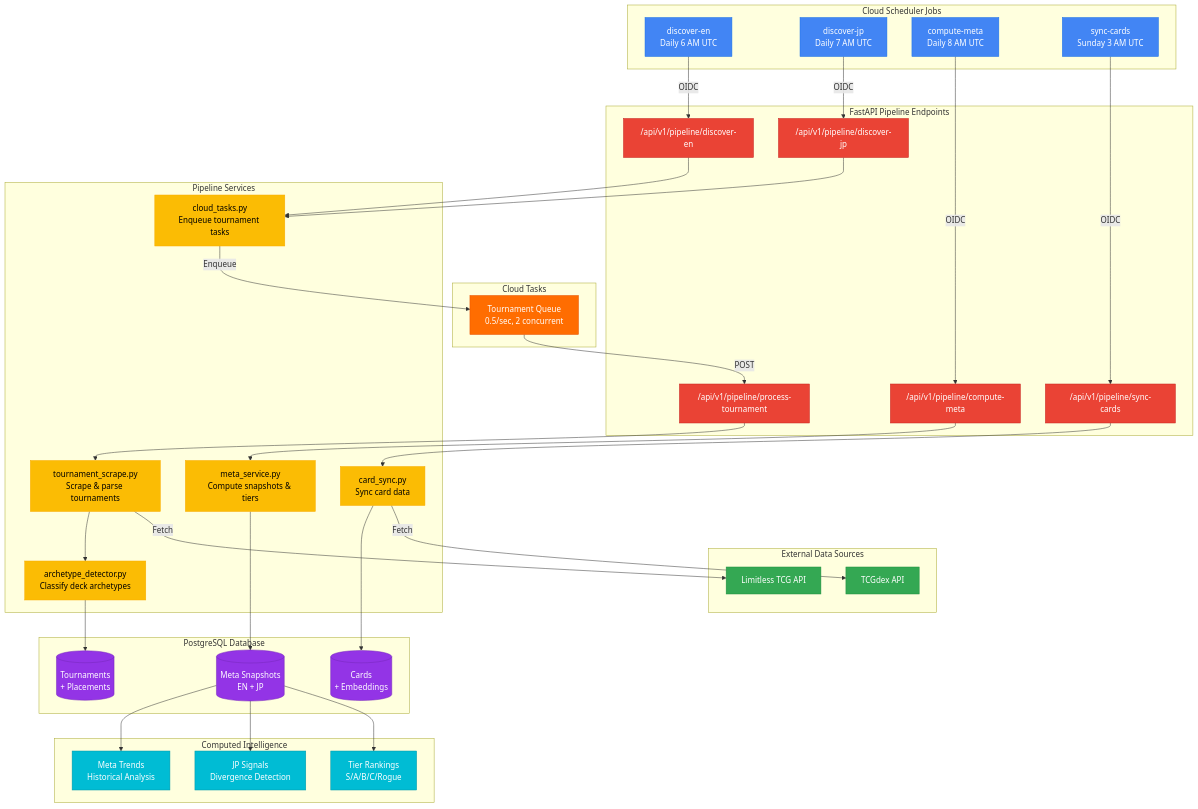
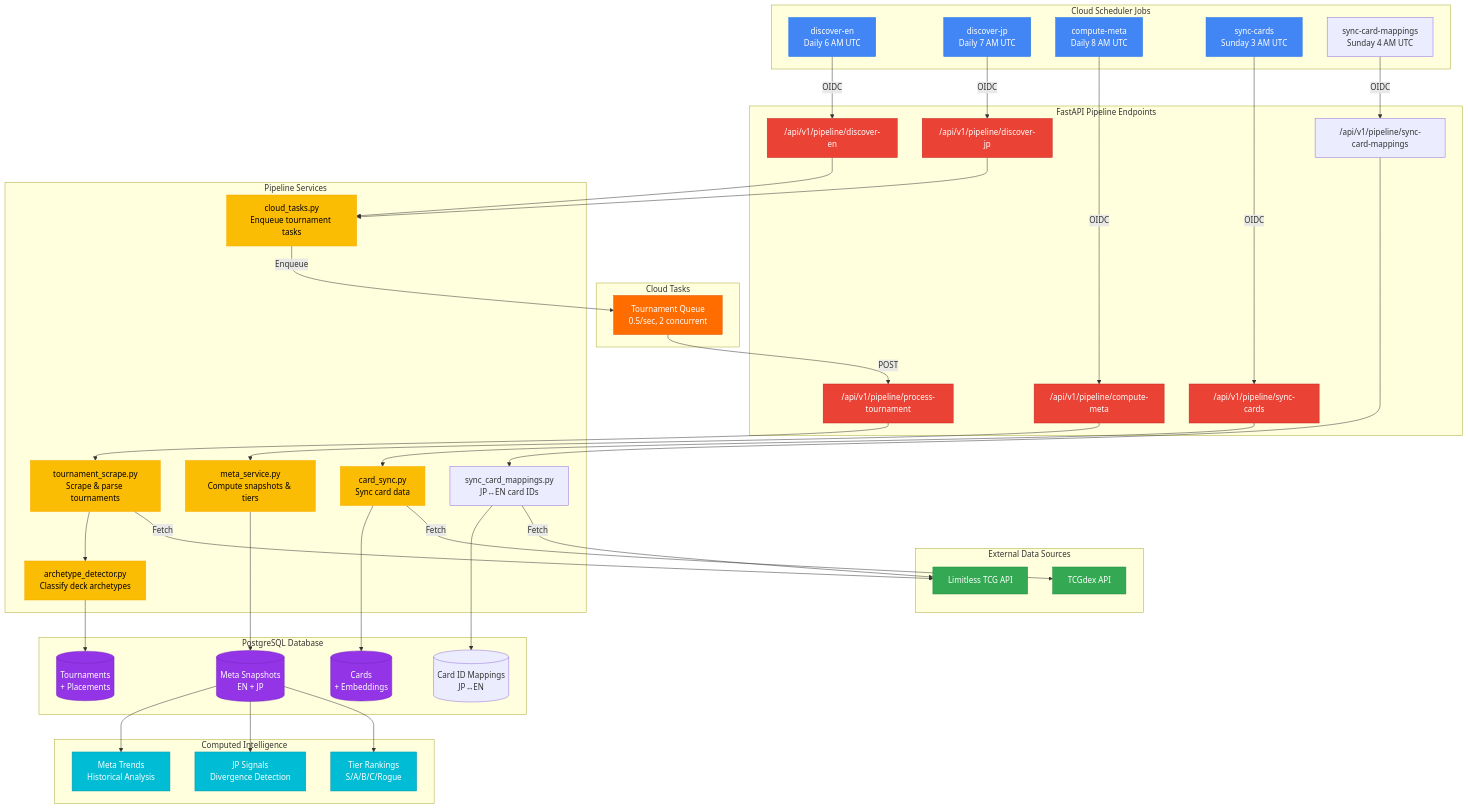
Before and after one commit to dtsong/trainerlab: the diagram in docs/architecture/DATA_PIPELINE.md, drawn with Mermaid. The commit also changed other lines of this file and 15 other files, not shown here.

```diff
--- a/docs/architecture/DATA_PIPELINE.md
+++ b/docs/architecture/DATA_PIPELINE.md
@@ -15,6 +15,7 @@
         DiscoverJP["discover-jp<br/>Daily 7 AM UTC"]
         ComputeMeta["compute-meta<br/>Daily 8 AM UTC"]
         SyncCards["sync-cards<br/>Sunday 3 AM UTC"]
+        SyncMappings["sync-card-mappings<br/>Sunday 4 AM UTC"]
     end
 
     subgraph External["External Data Sources"]
@@ -28,6 +29,7 @@
         PipelineProcess["/api/v1/pipeline/process-tournament"]
         PipelineMeta["/api/v1/pipeline/compute-meta"]
         PipelineCards["/api/v1/pipeline/sync-cards"]
+        PipelineMappings["/api/v1/pipeline/sync-card-mappings"]
     end
 
     subgraph Queue["Cloud Tasks"]
@@ -40,12 +42,14 @@
         Archetype["archetype_detector.py<br/>Classify deck archetypes"]
         MetaCalc["meta_service.py<br/>Compute snapshots & tiers"]
         CardSync["card_sync.py<br/>Sync card data"]
+        CardMappings["sync_card_mappings.py<br/>JP↔EN card IDs"]
     end
 
     subgraph Database["PostgreSQL Database"]
         Tournaments[("Tournaments<br/>+ Placements")]
         MetaSnapshots[("Meta Snapshots<br/>EN + JP")]
         Cards[("Cards<br/>+ Embeddings")]
+        CardIdMappings[("Card ID Mappings<br/>JP↔EN")]
     end
 
     subgraph Output["Computed Intelligence"]
@@ -59,6 +63,7 @@
     DiscoverJP -->|"OIDC"| PipelineJP
     ComputeMeta -->|"OIDC"| PipelineMeta
     SyncCards -->|"OIDC"| PipelineCards
+    SyncMappings -->|"OIDC"| PipelineMappings
 
     %% Discovery enqueues to Cloud Tasks
     PipelineEN --> CloudTasksSvc
@@ -72,9 +77,11 @@
     %% Other pipelines
     PipelineMeta --> MetaCalc
     PipelineCards --> CardSync
+    PipelineMappings --> CardMappings
 
     %% External data
     Scraper -->|"Fetch"| Limitless
+    CardMappings -->|"Fetch"| Limitless
     CardSync -->|"Fetch"| TCGdex
 
     %% Service processing
@@ -82,6 +89,7 @@
     Archetype --> Tournaments
     MetaCalc --> MetaSnapshots
     CardSync --> Cards
+    CardMappings --> CardIdMappings
 
     %% Output generation
     MetaSnapshots --> Tiers
```
